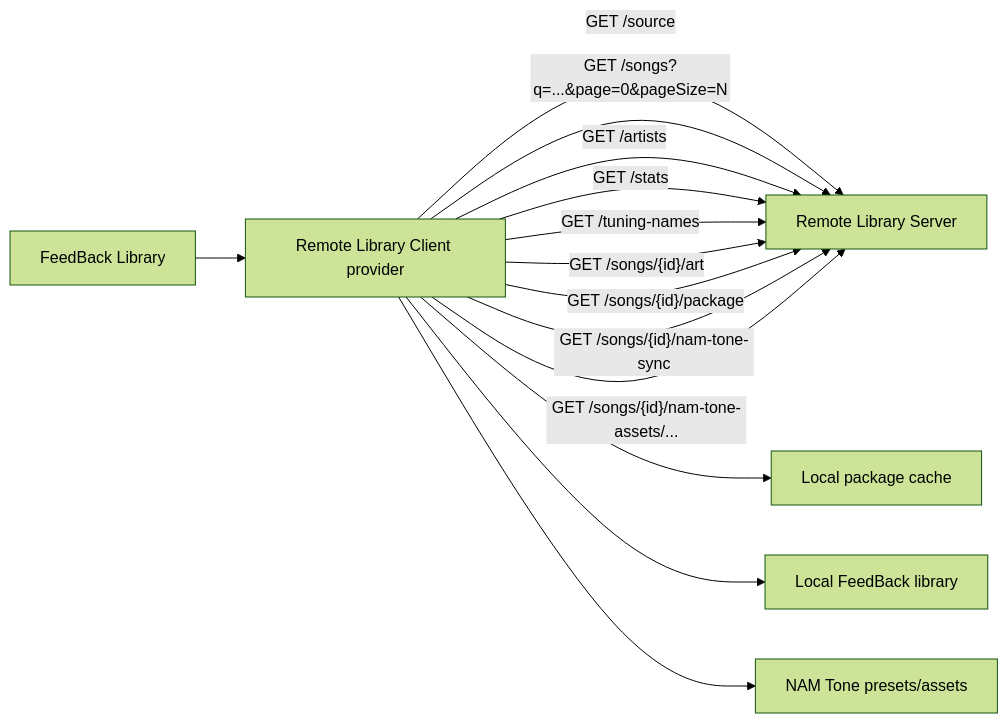
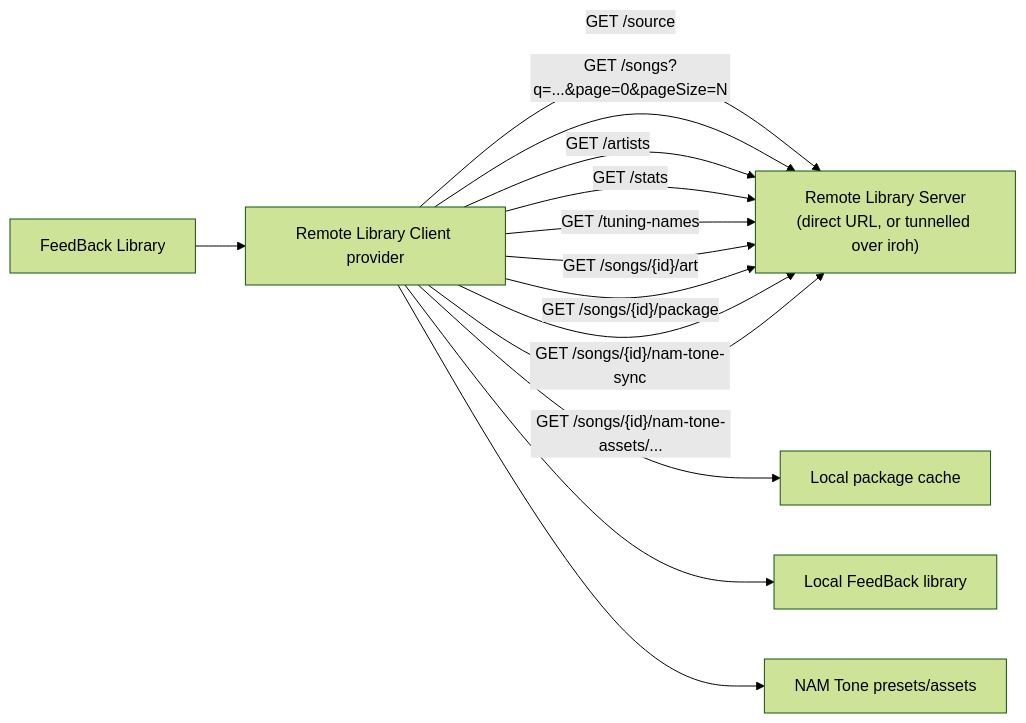
Before and after one commit to Taynavv/feedback-remote-library-client: the diagram in README.md, drawn with Mermaid (forest theme). The commit also changed other lines of this file and 3 other files, not shown here.

````diff
--- a/README.md
+++ b/README.md
@@ -81,16 +82,16 @@
 ```mermaid
 flowchart LR
   UI[FeedBack Library] --> Provider[Remote Library Client provider]
-  Provider -->|"GET /source"| Server[Remote Library Server]
+  Provider -->|"GET /source"| Server["Remote Library Server<br/>(direct URL, or tunnelled over iroh)"]
   Provider -->|"GET /songs?q=...&page=0&pageSize=N"| Server
   Provider -->|"GET /artists"| Server
   Provider -->|"GET /stats"| Server
   Provider -->|"GET /tuning-names"| Server
   Provider -->|"GET /songs/{id}/art"| Server
   Provider -->|"GET /songs/{id}/package"| Server
   Provider -->|"GET /songs/{id}/nam-tone-sync"| Server
   Provider -->|"GET /songs/{id}/nam-tone-assets/..."| Server
   Provider --> Cache[Local package cache]
   Provider --> Library[Local FeedBack library]
   Provider --> NAM[NAM Tone presets/assets]
 ```
````
